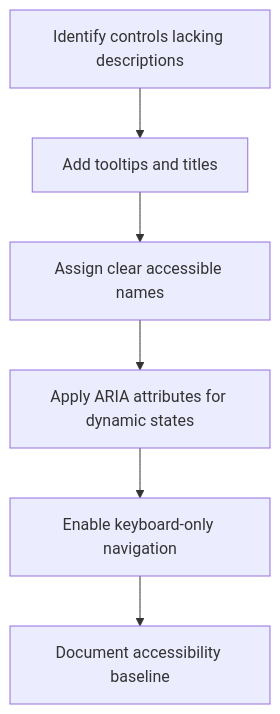
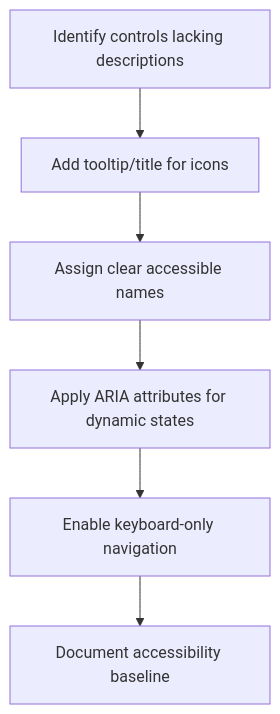
One commit to AlexAgo83/logics-manager changed the diagram in logics/request/req_013_accessibility_hardening_improve_discoverability_and_descriptions_for_controls.md. Above: the diagram before and after it, drawn with Mermaid. The commit also changed 19 other files, not shown here.

````diff
--- a/logics/request/req_013_accessibility_hardening_improve_discoverability_and_descriptions_for_controls.md
+++ b/logics/request/req_013_accessibility_hardening_improve_discoverability_and_descriptions_for_controls.md
@@ -10,10 +10,10 @@
 ```mermaid
 %% logics-kind: request
 %% logics-signature: request|accessibility-hardening-improve-discover|improve-accessibility-and-discoverabilit|ac1-interactive-icon-controls-expose-dis
 flowchart TD
-    A[Identify controls lacking descriptions] --> B[Add tooltips and titles]
-    B --> C[Assign clear accessible names]
-    C --> D[Apply ARIA attributes for dynamic states]
-    D --> E[Enable keyboard-only navigation]
-    E --> F[Document accessibility baseline]
+  A[Identify controls lacking descriptions] --> B[Add tooltip/title for icons]
+  B --> C[Assign clear accessible names]
+  C --> D[Apply ARIA attributes for dynamic states]
+  D --> E[Enable keyboard-only navigation]
+  E --> F[Document accessibility baseline]
 ```
````
